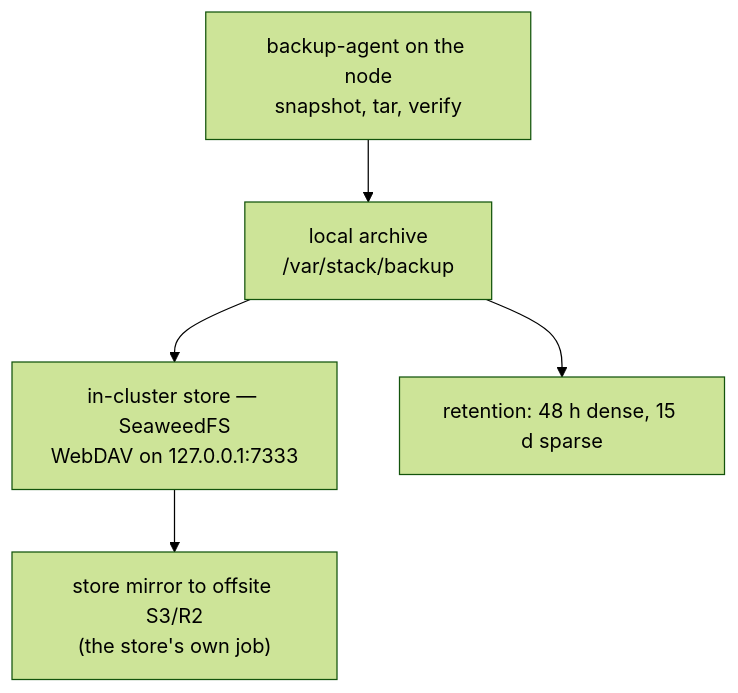
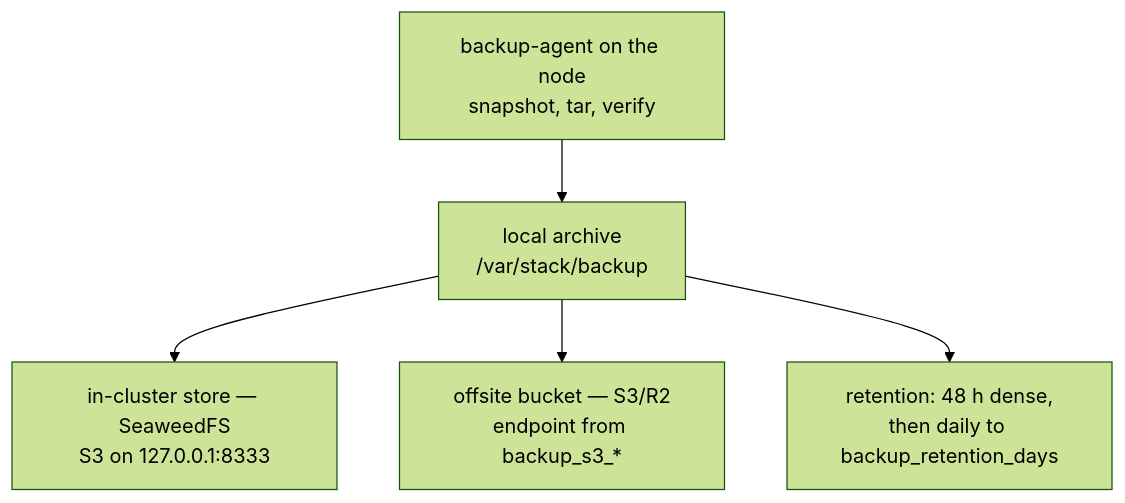
One commit to hazemarian/poor-man-cluster changed the fourth of 9 diagrams in docs/storage-and-databases.md. Above: the diagram before and after it, drawn with Mermaid (forest theme). The commit also changed other lines of this file and 5 other files, not shown here.

````diff
--- a/docs/storage-and-databases.md
+++ b/docs/storage-and-databases.md
@@ -363,7 +363,7 @@
 ```mermaid
 flowchart TD
     A["backup-agent on the node<br/>snapshot, tar, verify"] --> L["local archive<br/>/var/stack/backup"]
-    L --> W["in-cluster store — SeaweedFS<br/>WebDAV on 127.0.0.1:7333"]
-    W --> M["store mirror to offsite S3/R2<br/>(the store's own job)"]
-    L --> R["retention: 48 h dense, 15 d sparse"]
+    L --> W["in-cluster store — SeaweedFS<br/>S3 on 127.0.0.1:8333"]
+    L --> B["offsite bucket — S3/R2<br/>endpoint from backup_s3_*"]
+    L --> R["retention: 48 h dense,<br/>then daily to backup_retention_days"]
 ```
````
